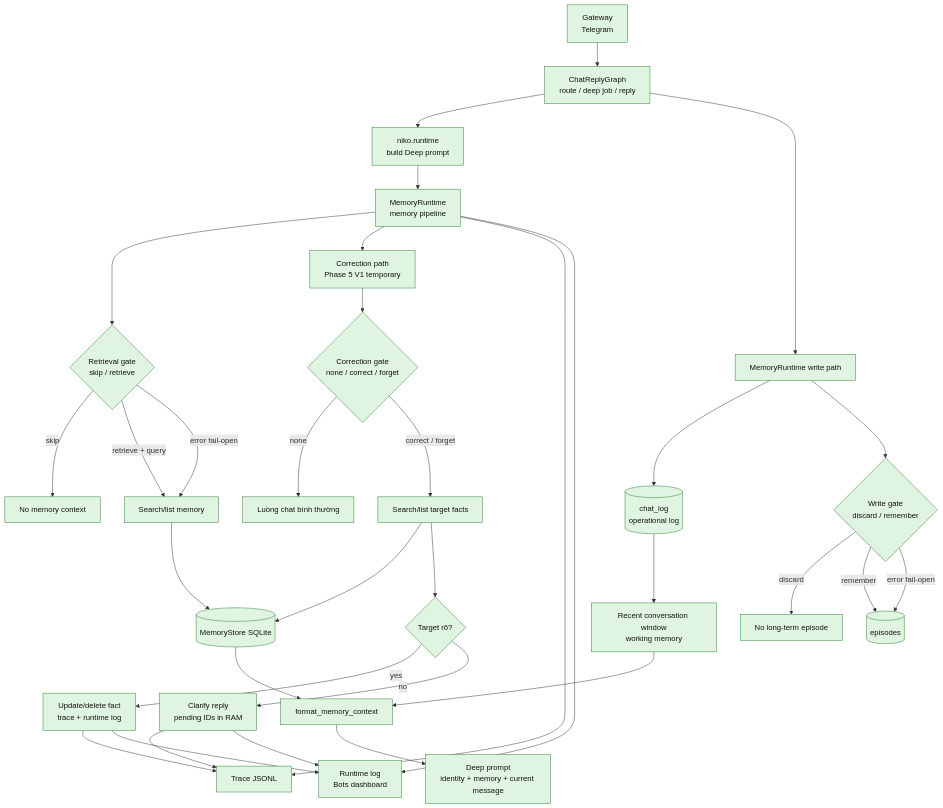
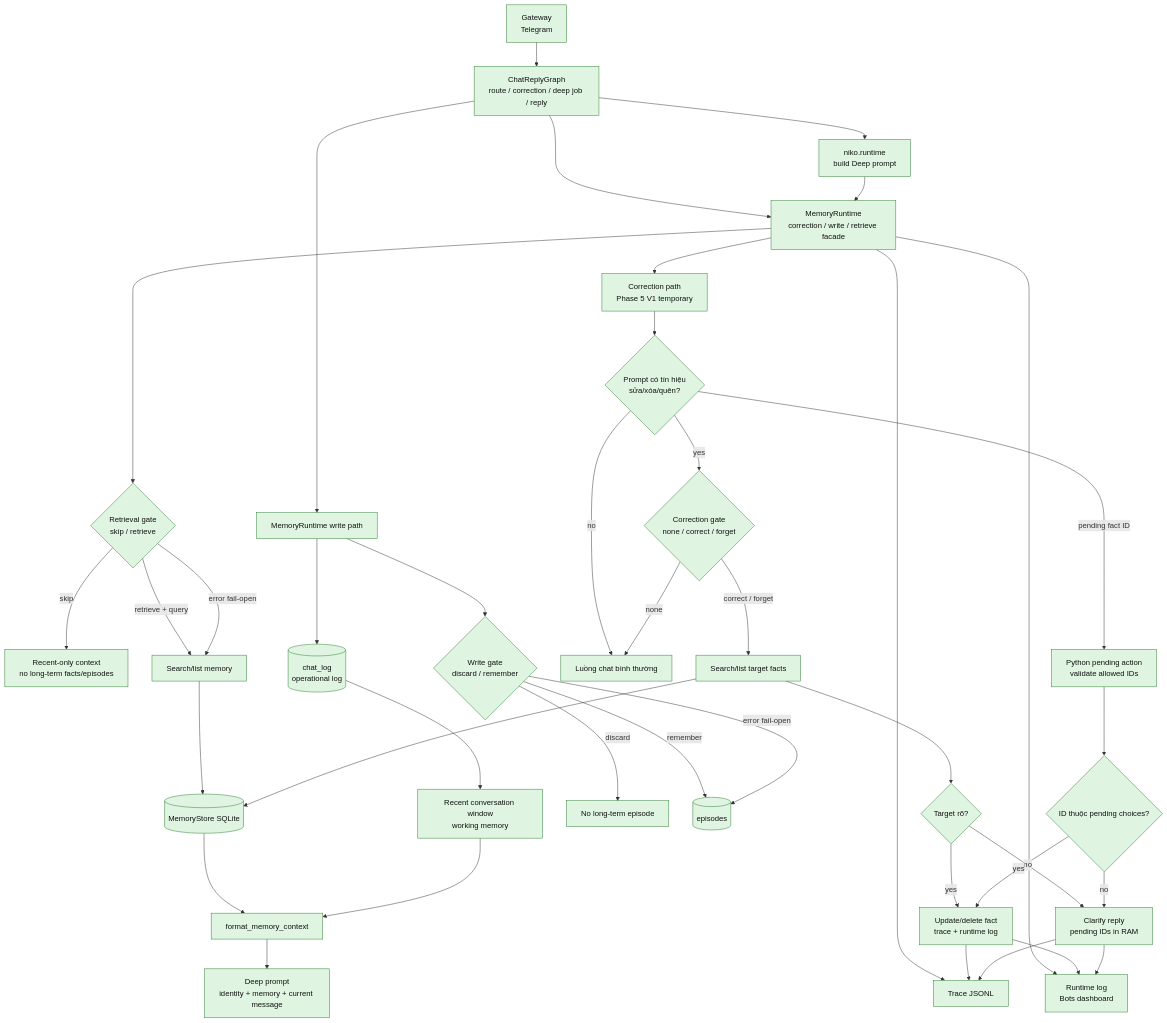
Before and after one commit to LuongAnh1/Niko_Agent: the second of 7 diagrams in docs/memory/chat-memory-architecture-flow.md, drawn with Mermaid. The commit also changed other lines of this file and 12 other files, not shown here.

Commit message:
Harden chat memory correction flow

````diff
--- a/docs/memory/chat-memory-architecture-flow.md
+++ b/docs/memory/chat-memory-architecture-flow.md
@@ -47,46 +50,53 @@
 ```mermaid
 flowchart TB
-    Gateway[Gateway<br/>Telegram] --> ChatGraph[ChatReplyGraph<br/>route / deep job / reply]
+    Gateway[Gateway<br/>Telegram] --> ChatGraph[ChatReplyGraph<br/>route / correction / deep job / reply]
+    ChatGraph --> MemoryRuntime[MemoryRuntime<br/>correction / write / retrieve facade]
     ChatGraph --> DeepRuntime[niko.runtime<br/>build Deep prompt]
-    DeepRuntime --> MemoryRuntime[MemoryRuntime<br/>memory pipeline]
+    DeepRuntime --> MemoryRuntime
 
     MemoryRuntime --> RetrievalGate{Retrieval gate<br/>skip / retrieve}
-    RetrievalGate -->|skip| NoMemory[No memory context]
+    RetrievalGate -->|skip| RecentOnly[Recent-only context<br/>no long-term facts/episodes]
     RetrievalGate -->|retrieve + query| Retriever[Search/list memory]
     RetrievalGate -->|error fail-open| Retriever
 
     Retriever --> Store[(MemoryStore SQLite)]
     ChatLog --> WorkingWindow[Recent conversation window<br/>working memory]
     Store --> Formatter[format_memory_context]
     WorkingWindow --> Formatter
     Formatter --> DeepPrompt[Deep prompt<br/>identity + memory + current message]
 
     ChatGraph --> WritePath[MemoryRuntime write path]
     WritePath --> ChatLog[(chat_log<br/>operational log)]
     WritePath --> WriteGate{Write gate<br/>discard / remember}
     WriteGate -->|discard| NoEpisode[No long-term episode]
     WriteGate -->|remember| Episode[(episodes)]
     WriteGate -->|error fail-open| Episode
 
     MemoryRuntime --> CorrectionPath[Correction path<br/>Phase 5 V1 temporary]
-    CorrectionPath --> CorrectionGate{Correction gate<br/>none / correct / forget}
+    CorrectionPath --> CorrectionPrecheck{Prompt có tín hiệu<br/>sửa/xóa/quên?}
+    CorrectionPrecheck -->|no| NoCorrection[Luồng chat bình thường]
+    CorrectionPrecheck -->|pending fact ID| CorrectionPending[Python pending action<br/>validate allowed IDs]
+    CorrectionPrecheck -->|yes| CorrectionGate{Correction gate<br/>none / correct / forget}
     CorrectionGate -->|none| NoCorrection[Luồng chat bình thường]
     CorrectionGate -->|correct / forget| CorrectionSearch[Search/list target facts]
     CorrectionSearch --> Store
     CorrectionSearch --> CorrectionMatch{Target rõ?}
     CorrectionMatch -->|yes| CorrectionApply[Update/delete fact<br/>trace + runtime log]
     CorrectionMatch -->|no| CorrectionClarify[Clarify reply<br/>pending IDs in RAM]
+    CorrectionPending --> CorrectionPendingMatch{ID thuộc pending choices?}
+    CorrectionPendingMatch -->|yes| CorrectionApply
+    CorrectionPendingMatch -->|no| CorrectionClarify
 
     MemoryRuntime --> Trace[Trace JSONL]
     MemoryRuntime --> RuntimeLog[Runtime log<br/>Bots dashboard]
     CorrectionApply --> Trace
     CorrectionClarify --> Trace
     CorrectionApply --> RuntimeLog
     CorrectionClarify --> RuntimeLog
 
     classDef done fill:#dff5e1,stroke:#2e7d32,color:#111;
     classDef planned fill:#fff4cc,stroke:#b7791f,color:#111;
     classDef boundary fill:#f3f4f6,stroke:#6b7280,color:#111;
 
-    class Gateway,ChatGraph,DeepRuntime,MemoryRuntime,RetrievalGate,Retriever,Store,Formatter,DeepPrompt,WritePath,ChatLog,WorkingWindow,WriteGate,Episode,CorrectionPath,CorrectionGate,NoCorrection,CorrectionSearch,CorrectionMatch,CorrectionApply,CorrectionClarify,Trace,RuntimeLog,NoMemory,NoEpisode done;
+    class Gateway,ChatGraph,DeepRuntime,MemoryRuntime,RetrievalGate,Retriever,Store,Formatter,DeepPrompt,WritePath,ChatLog,WorkingWindow,WriteGate,Episode,CorrectionPath,CorrectionPrecheck,CorrectionGate,CorrectionPending,CorrectionPendingMatch,NoCorrection,CorrectionSearch,CorrectionMatch,CorrectionApply,CorrectionClarify,Trace,RuntimeLog,RecentOnly,NoEpisode done;
 ```
````
